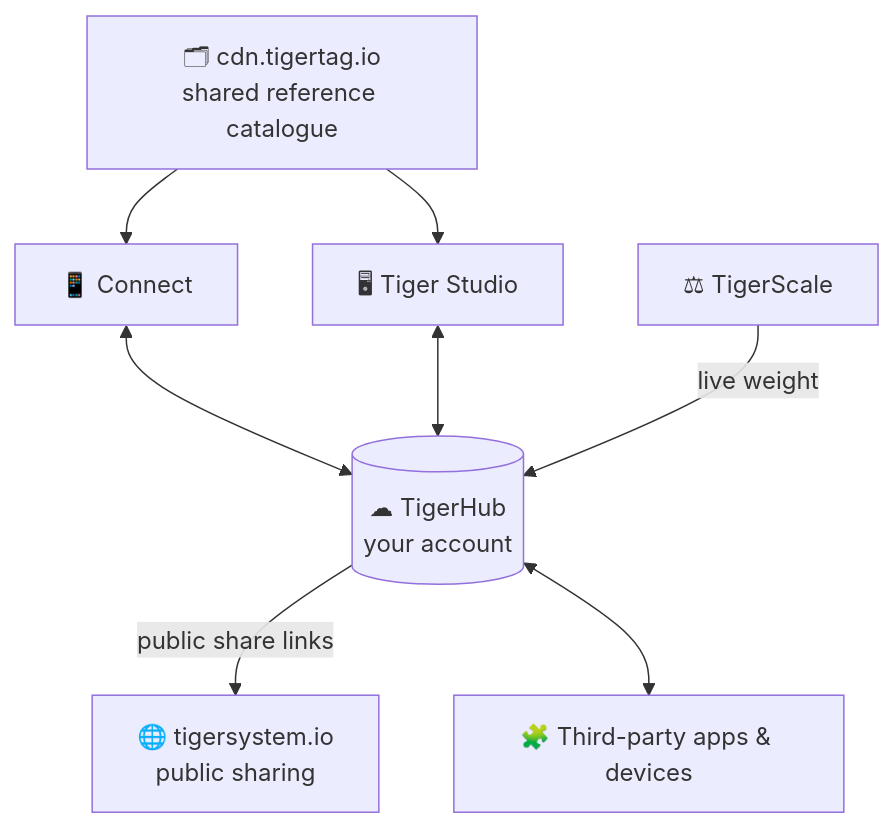
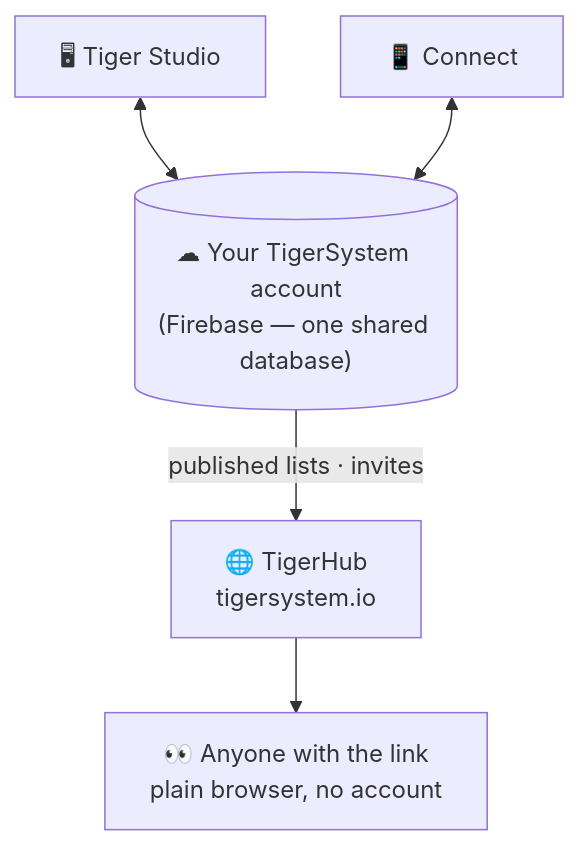
The diagram in docs/products/tigerhub.md (TigerTag-Project/TigerSystem-Docs), drawn with Mermaid before and after one commit. The commit also changed other lines of this file and 22 other files, not shown here.

Commit message:
Correct the TigerHub definition: TigerHub is the tigersystem.io web platform (showcase + social sandbox); the backend is plain, unbranded Firebase

````diff
--- a/docs/products/tigerhub.md
+++ b/docs/products/tigerhub.md
@@ -16,9 +13,6 @@
 ```mermaid
 flowchart TB
-    CO["📱 Connect"] <--> HUB[("☁ TigerHub<br/>your account")]
-    ST["🖥 Tiger Studio"] <--> HUB
-    SCALE["⚖ TigerScale"] -- "live weight" --> HUB
-    HUB -- "public share links" --> WEB["🌐 tigersystem.io<br/>public sharing"]
-    HUB <--> THIRD["🧩 Third-party apps & devices"]
-    CDN["🗂 cdn.tigertag.io<br/>shared reference catalogue"] --> CO & ST
+    ST["🖥 Tiger Studio"] & CO["📱 Connect"] <--> FB[("☁ Your TigerSystem account<br/>(Firebase — one shared database)")]
+    FB -- "published lists · invites" --> HUB["🌐 TigerHub<br/>tigersystem.io"]
+    HUB --> VIS["👀 Anyone with the link<br/>plain browser, no account"]
 ```
````
